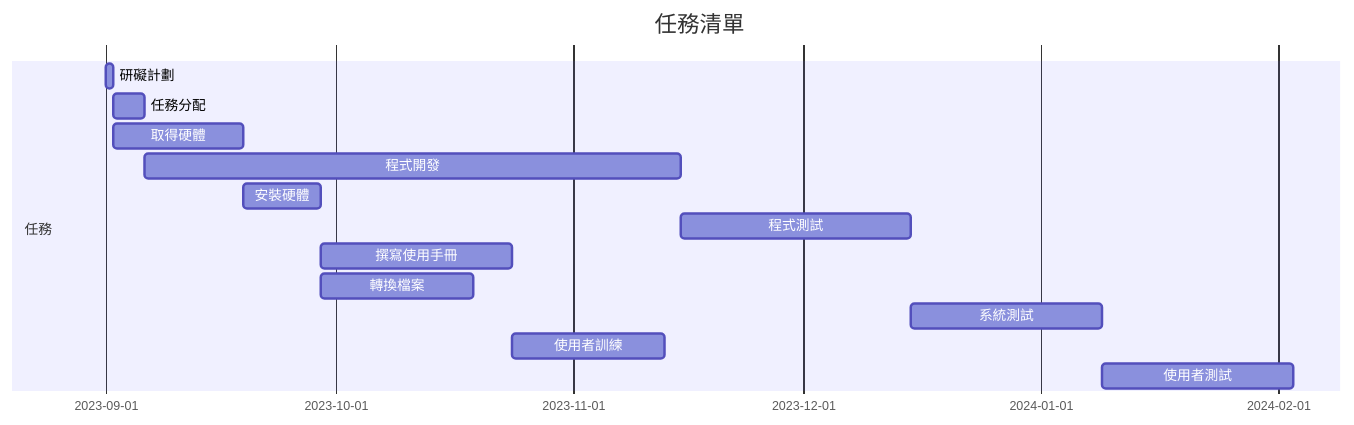
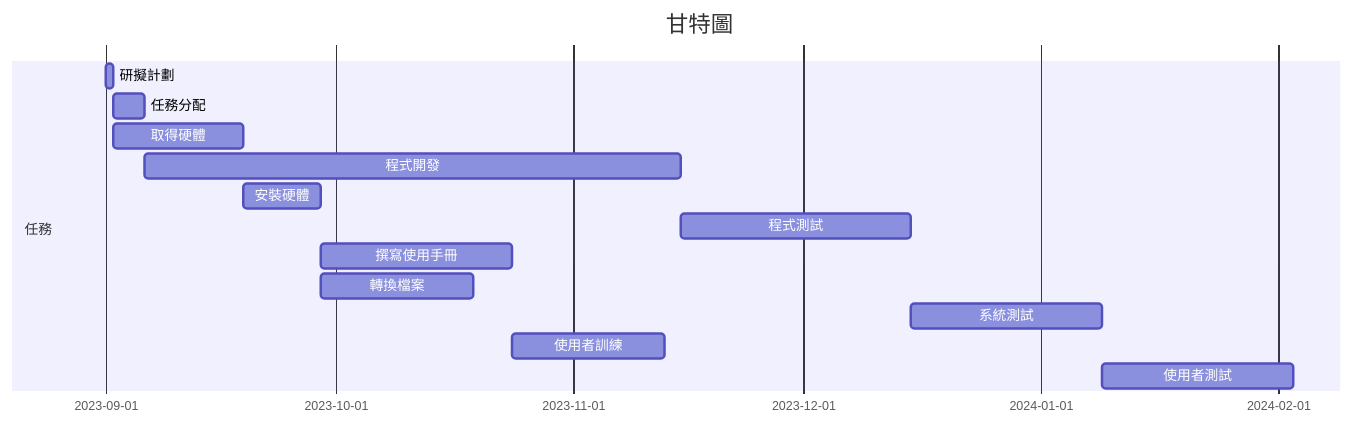
One commit to C110118128/C110118128 changed the diagram in HW2.md. Above: the diagram before and after it, drawn with Mermaid.

````diff
--- a/HW2.md
+++ b/HW2.md
@@ -2,16 +2,16 @@
 ```mermaid
 gantt
-    title 任務清單
+    title 甘特圖
     section 任務
-    研礙計劃           :a1, 2023-09-01, 1d
-    任務分配           :a2, after a1  , 4d
-    取得硬體           :a3, after a1  , 17d
-    程式開發           :a4, after a2  , 70d
-    安裝硬體           :a5, after a3  , 10d
-    程式測試           :a6, after a4  , 30d
-    撰寫使用手冊        :a7, after a5  , 25d
-    轉換檔案           :a8, after a5  , 20d
-    系統測試           :a9, after a6  , 25d
-    使用者訓練         :a10, after a7  , 20d
-    使用者測試         :a11, after a9  , 25d
+    研擬計劃     :a1, 2023-09-01, 1d
+    任務分配     :a2, after a1  , 4d
+    取得硬體     :a3, after a1  , 17d
+    程式開發     :a4, after a2  , 70d
+    安裝硬體     :a5, after a3  , 10d
+    程式測試     :a6, after a4  , 30d
+    撰寫使用手冊 :a7, after a5  , 25d
+    轉換檔案     :a8, after a5  , 20d
+    系統測試     :a9, after a6  , 25d
+    使用者訓練   :a10, after a7  , 20d
+    使用者測試   :a11, after a9  , 25d
 ```
````
